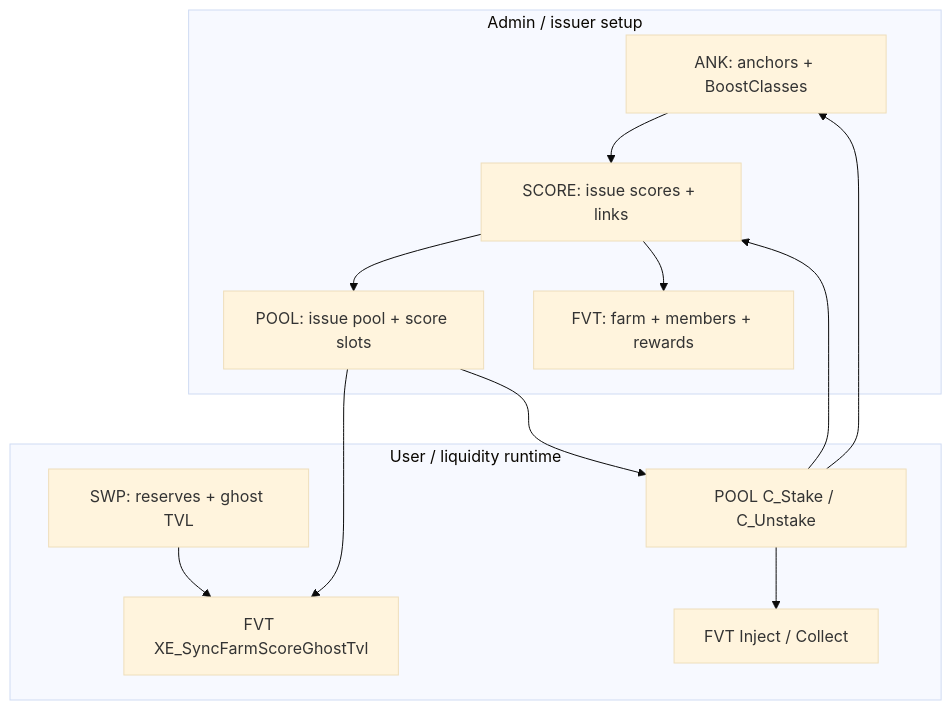
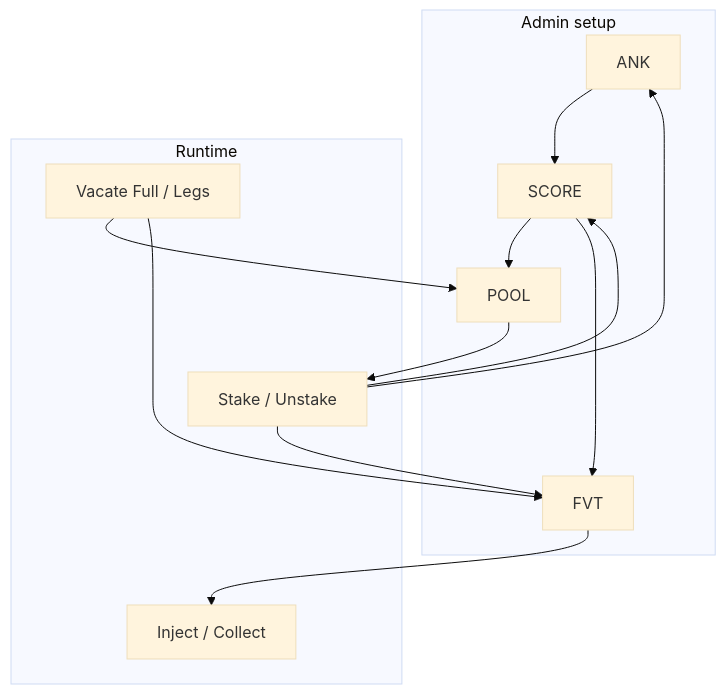
Before and after one commit to OuroborosNetwork/ouronet-pact: the diagram in 1_SOVEREIGN/STAGE_02/2_Core/03_AQP/README.md, drawn with Mermaid (base theme). The commit also changed other lines of this file and 41 other files, not shown here.

````diff
--- a/1_SOVEREIGN/STAGE_02/2_Core/03_AQP/README.md
+++ b/1_SOVEREIGN/STAGE_02/2_Core/03_AQP/README.md
@@ -38,24 +44,23 @@
 ```mermaid
 flowchart TB
-  subgraph admin [Admin / issuer setup]
-    ANK[ANK: anchors + BoostClasses]
-    SCR[SCORE: issue scores + links]
-    POOL[POOL: issue pool + score slots]
-    FVT[FVT: farm + members + rewards]
+  subgraph admin [Admin setup]
+    ANK[ANK]
+    SCR[SCORE]
+    POOL[POOL]
+    FVT[FVT]
   end
-  subgraph user [User / liquidity runtime]
-    STAKE[POOL C_Stake / C_Unstake]
-    SWP[SWP: reserves + ghost TVL]
-    SYNC[FVT XE_SyncFarmScoreGhostTvl]
-    RWD[FVT Inject / Collect]
+  subgraph runtime [Runtime]
+    STAKE[Stake / Unstake]
+    RWD[Inject / Collect]
+    VCT[Vacate Full / Legs]
   end
-  ANK --> SCR
-  SCR --> POOL
+  ANK --> SCR --> POOL
   SCR --> FVT
   POOL --> STAKE
   STAKE --> SCR
   STAKE --> ANK
-  SWP --> SYNC
-  POOL --> SYNC
-  STAKE --> RWD
+  STAKE --> FVT
+  FVT --> RWD
+  VCT --> POOL
+  VCT --> FVT
 ```
````
